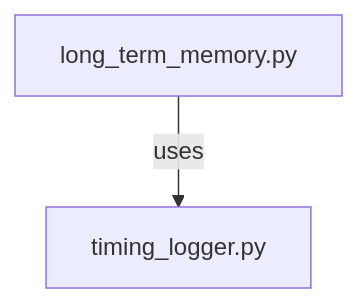
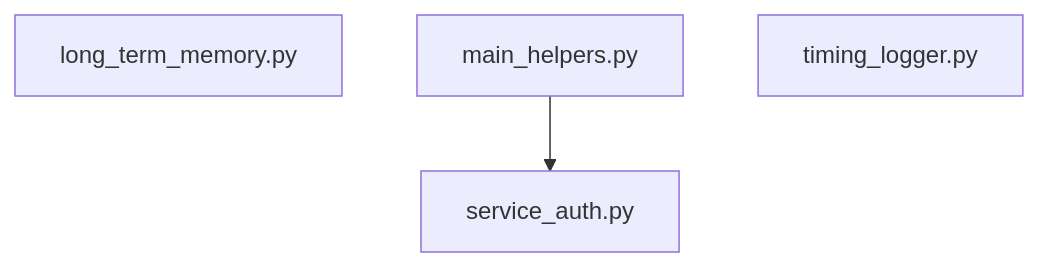
Before and after one commit to simonedland/Wheatley: the diagram in Wheatley/utils/AI_Graph.md, drawn with Mermaid. The commit also changed 19 other files, not shown here.

````diff
--- a/Wheatley/utils/AI_Graph.md
+++ b/Wheatley/utils/AI_Graph.md
@@ -3,12 +3,16 @@
 ```mermaid
 graph TD
     long_term_memory_py["long_term_memory.py"]
+    main_helpers_py["main_helpers.py"]
     timing_logger_py["timing_logger.py"]
+    service_auth_py["service_auth.py"]
 
-    %% Node details
-    long_term_memory_py -- uses --> timing_logger_py
+    %% main_helpers.py imports authenticate_services from service_auth.py
+    main_helpers_py --> service_auth_py
 
-    %% Explanation:
-    %% No explicit imports between files, but both handle JSON and file I/O.
-    %% If there were explicit imports, edges would be drawn.
+    %% No direct imports between long_term_memory.py and others
+    %% No direct imports between timing_logger.py and others
+
+    %% Legend (not rendered as nodes)
+    %% Each file is a node. Edges show import relationships.
 ```
````
